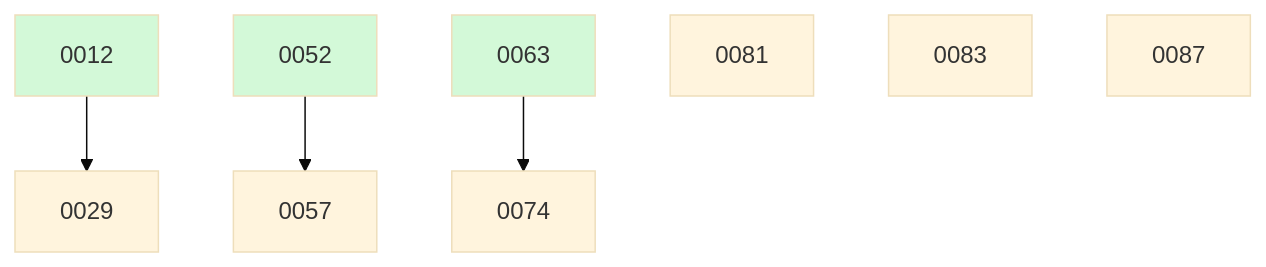
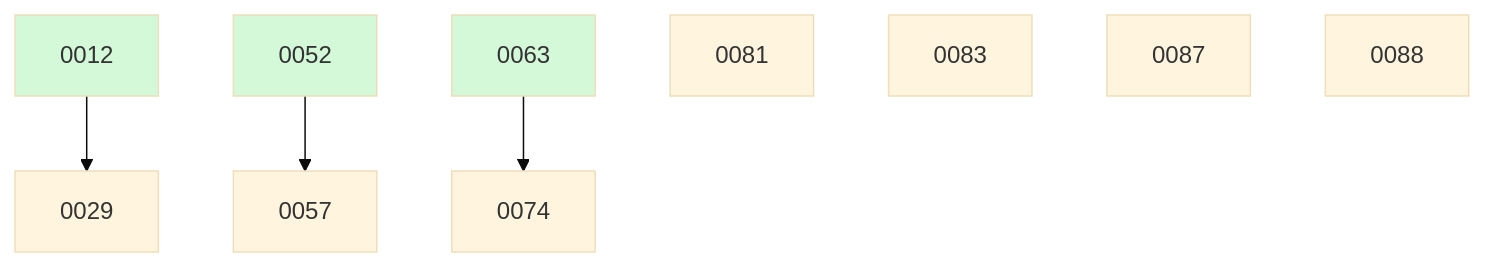
One commit to ethanhinson/fuse changed the diagram in docs/changes/BOARD.md. Above: the diagram before and after it, drawn with Mermaid (base theme). The commit also changed other lines of this file and 1 other file, not shown here.

````diff
--- a/docs/changes/BOARD.md
+++ b/docs/changes/BOARD.md
@@ -31,13 +32,14 @@
 ```mermaid
 graph TD
   0012 --> 0029
   0052 --> 0057
   0063 --> 0074
   0081
   0083
   0087
+  0088
   0012:::done
   0052:::done
   0063:::done
   classDef done fill:#d3f9d8;
 ```
````
